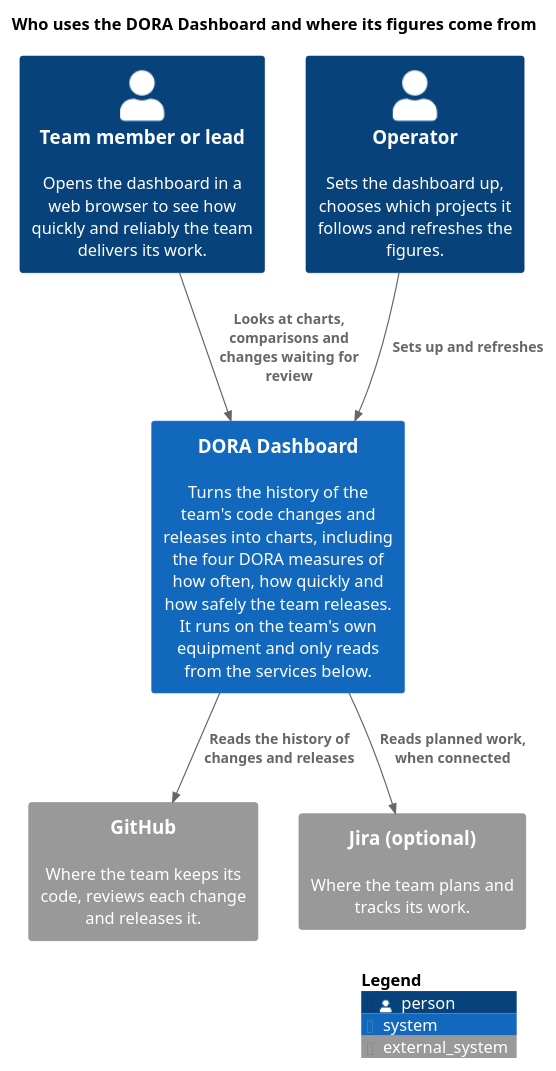
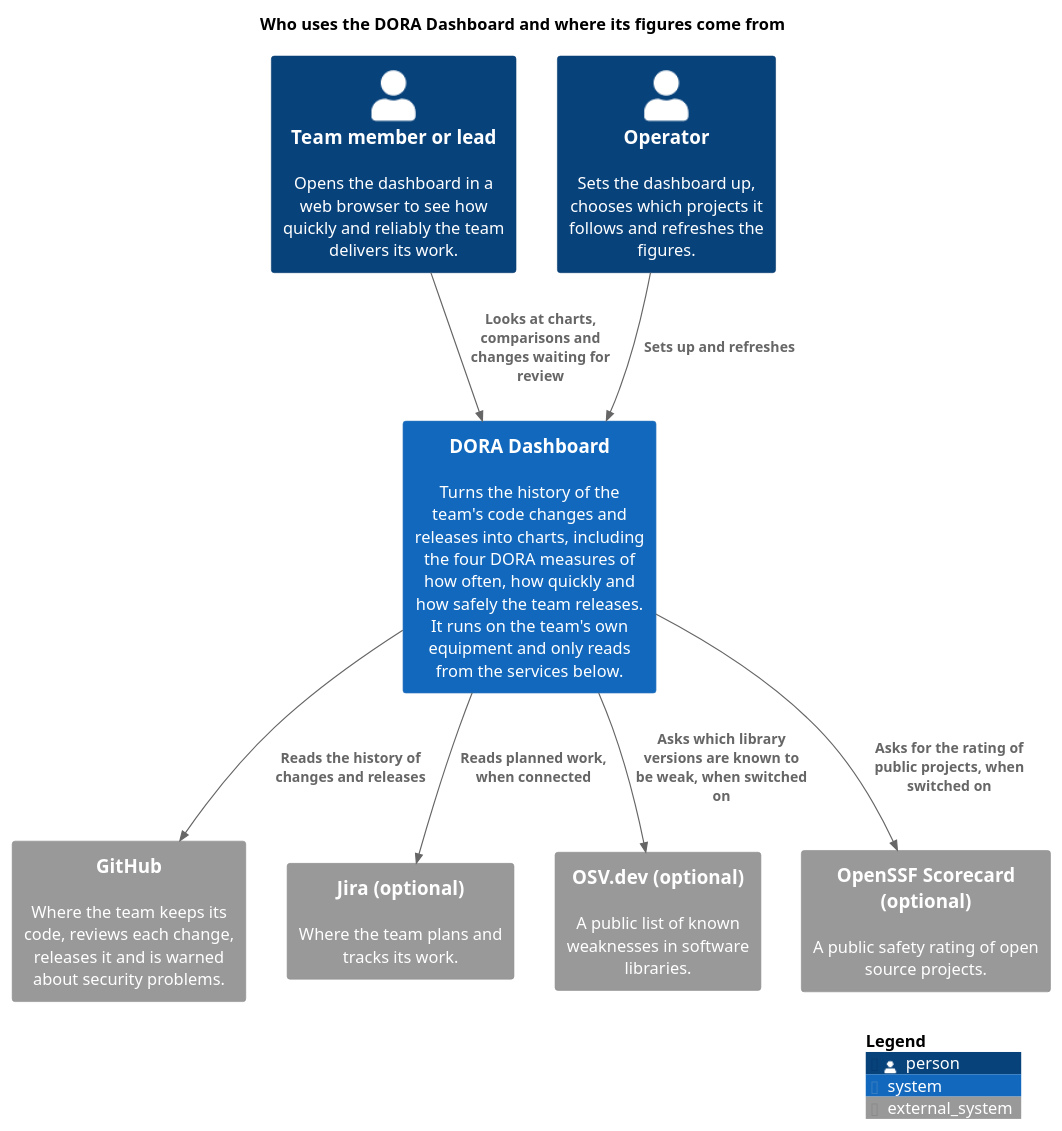
One commit to vfarah-if/dora-dashboard changed the diagram in docs/diagrams/c4-system-context.puml. Above: the diagram before and after it, drawn with PlantUML. The commit also changed 127 other files, not shown here.

```diff
--- a/docs/diagrams/c4-system-context.puml
+++ b/docs/diagrams/c4-system-context.puml
@@ -1,27 +1,31 @@
 @startuml c4-system-context
 ' C4 level 1, written for a non-technical reader: who uses the DORA Dashboard and where its figures come from.
 ' The tools it runs, the protocols and the sign-in modes belong in c4-container.puml, not here.
 ' Uses the C4-PlantUML library bundled with PlantUML, so it renders offline.
 !include <C4/C4_Context>
 
 LAYOUT_TOP_DOWN()
 HIDE_STEREOTYPE()
 
 title Who uses the DORA Dashboard and where its figures come from
 
 Person(reader, "Team member or lead", "Opens the dashboard in a web browser to see how quickly and reliably the team delivers its work.")
 Person(operator, "Operator", "Sets the dashboard up, chooses which projects it follows and refreshes the figures.")
 
 System(dashboard, "DORA Dashboard", "Turns the history of the team's code changes and releases into charts, including the four DORA measures of how often, how quickly and how safely the team releases. It runs on the team's own equipment and only reads from the services below.")
 
-System_Ext(github, "GitHub", "Where the team keeps its code, reviews each change and releases it.")
+System_Ext(github, "GitHub", "Where the team keeps its code, reviews each change, releases it and is warned about security problems.")
 System_Ext(jira, "Jira (optional)", "Where the team plans and tracks its work.")
+System_Ext(osv, "OSV.dev (optional)", "A public list of known weaknesses in software libraries.")
+System_Ext(scorecard, "OpenSSF Scorecard (optional)", "A public safety rating of open source projects.")
 
 Rel(reader, dashboard, "Looks at charts, comparisons and changes waiting for review")
 Rel(operator, dashboard, "Sets up and refreshes")
 
 Rel(dashboard, github, "Reads the history of changes and releases")
 Rel(dashboard, jira, "Reads planned work, when connected")
+Rel(dashboard, osv, "Asks which library versions are known to be weak, when switched on")
+Rel(dashboard, scorecard, "Asks for the rating of public projects, when switched on")
 
 SHOW_LEGEND()
 @enduml
```
